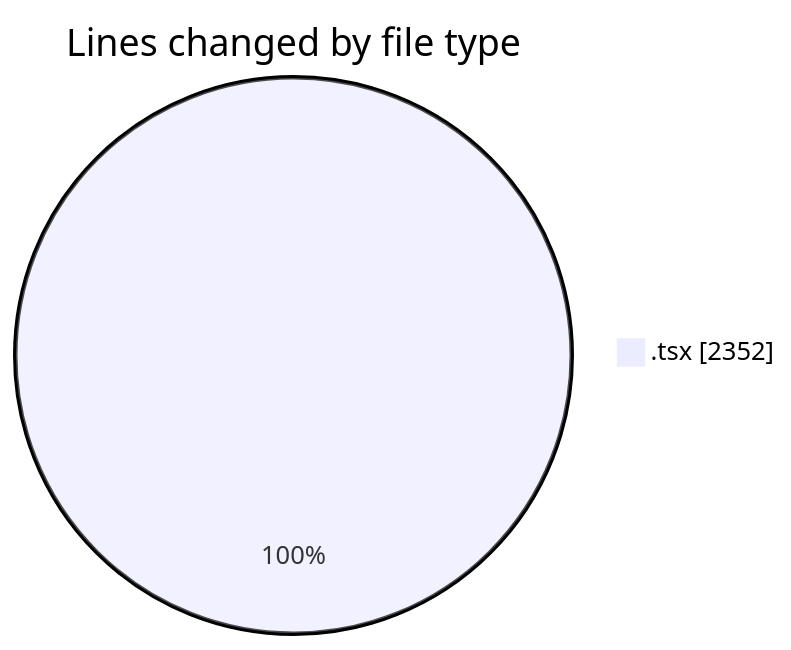
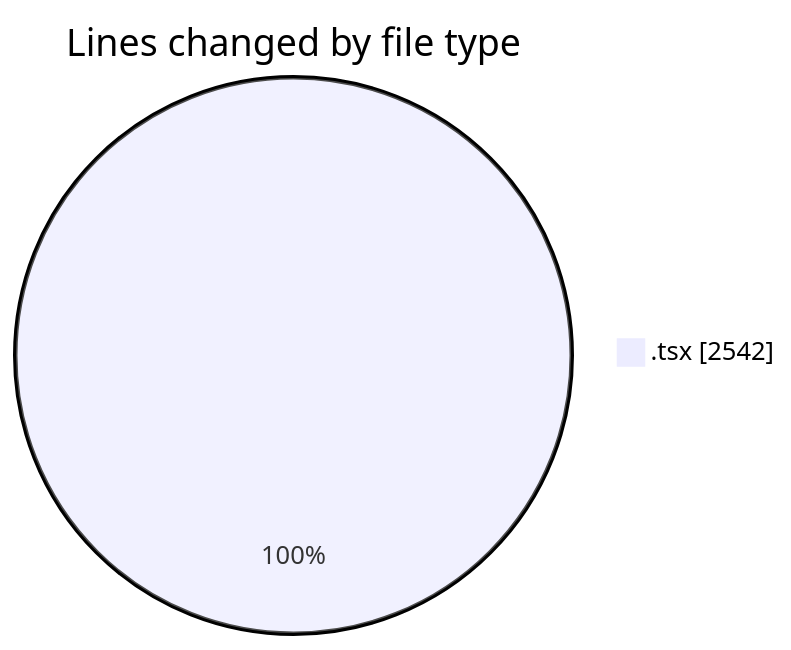
Before and after one commit to momahboobian/code-tracking: the first of 2 diagrams in 2025-06-13/cda/README.md, drawn with Mermaid. The commit also changed other lines of this file and 1 other file, not shown here.

````diff
--- a/2025-06-13/cda/README.md
+++ b/2025-06-13/cda/README.md
@@ -25,5 +26,5 @@
 ```mermaid
 pie showData
 title Lines changed by file type
-".tsx" : 2352
+".tsx" : 2542
 ```
````
